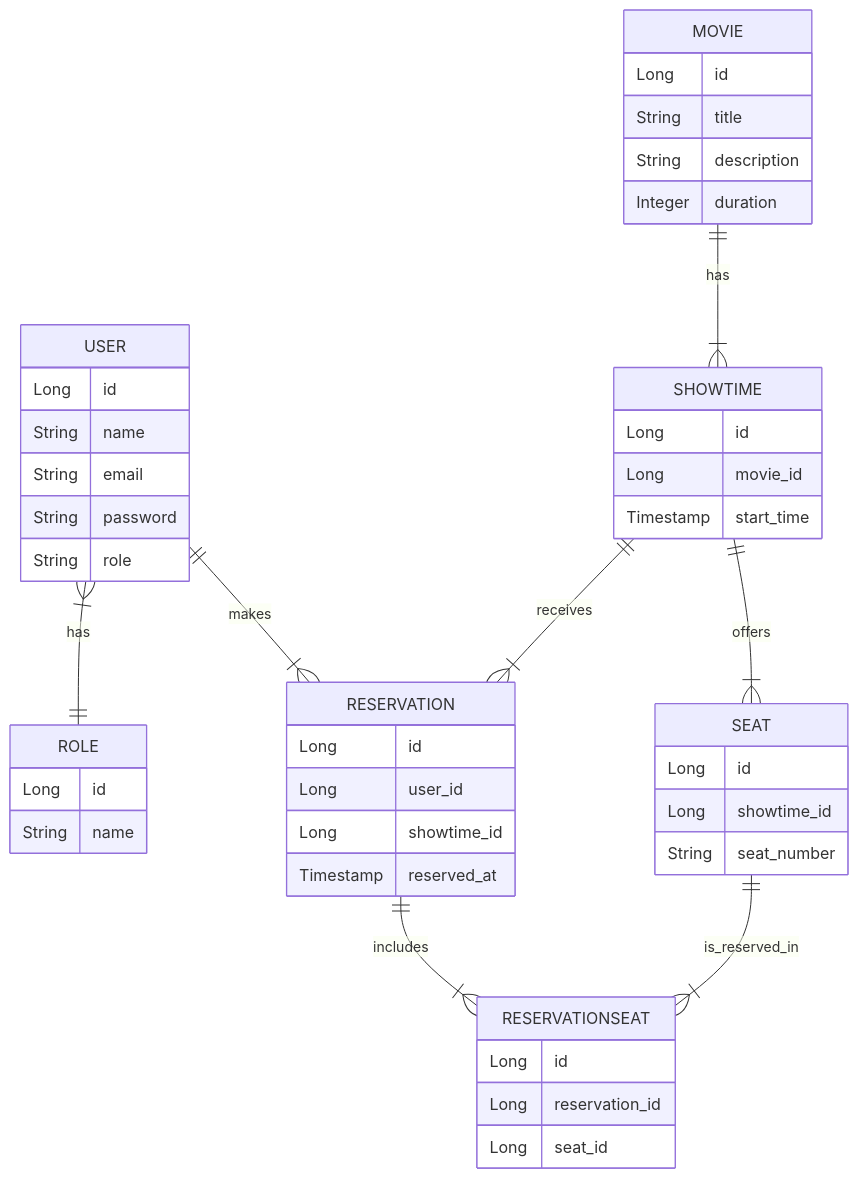
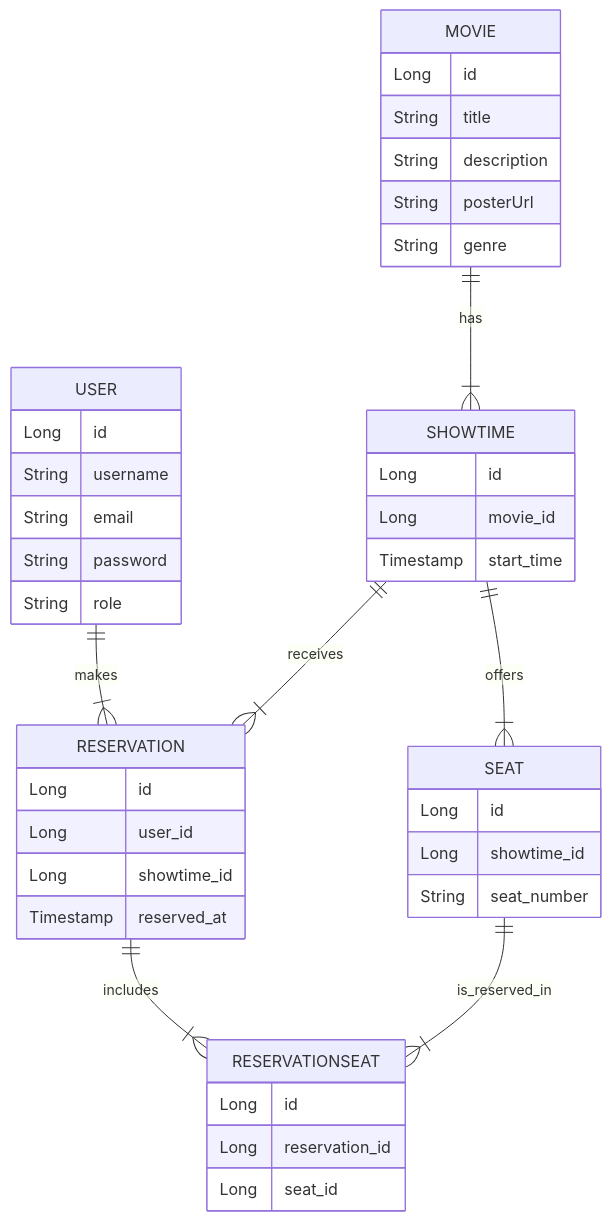
The second of 3 diagrams in README.md (parthibCsaha/MovieReservation-System), drawn with Mermaid before and after one commit. The commit also changed other lines of this file, not shown here.

````diff
--- a/README.md
+++ b/README.md
@@ -70,49 +70,45 @@
 ```mermaid
 erDiagram
   USER ||--|{ RESERVATION : "makes"
-  USER }|--|| ROLE : "has"
   MOVIE ||--|{ SHOWTIME : "has"
   SHOWTIME ||--|{ SEAT : "offers"
   SHOWTIME ||--|{ RESERVATION : "receives"
   RESERVATION ||--|{ RESERVATIONSEAT : "includes"
   SEAT ||--|{ RESERVATIONSEAT : "is_reserved_in"
 
   USER {
     Long id
-    String name
+    String username
     String email
     String password
     String role
   }
   MOVIE {
     Long id
     String title
     String description
-    Integer duration
+    String posterUrl
+    String genre
   }
   SHOWTIME {
     Long id
     Long movie_id
     Timestamp start_time
   }
   SEAT {
     Long id
     Long showtime_id
     String seat_number
   }
   RESERVATION {
     Long id
     Long user_id
     Long showtime_id
     Timestamp reserved_at
   }
   RESERVATIONSEAT {
     Long id
     Long reservation_id
     Long seat_id
   }
-  ROLE {
-    Long id
-    String name
-  }
 ```
````
